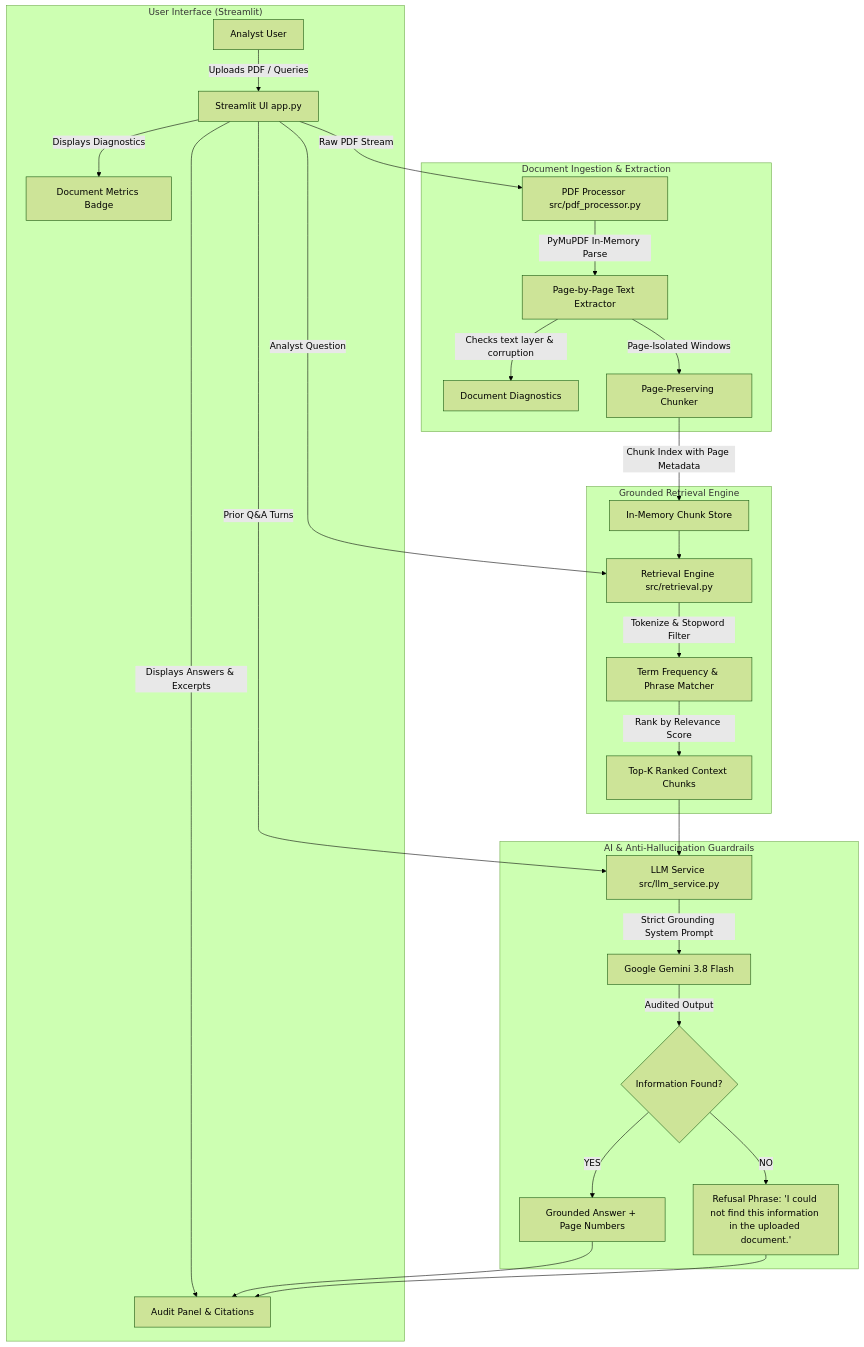
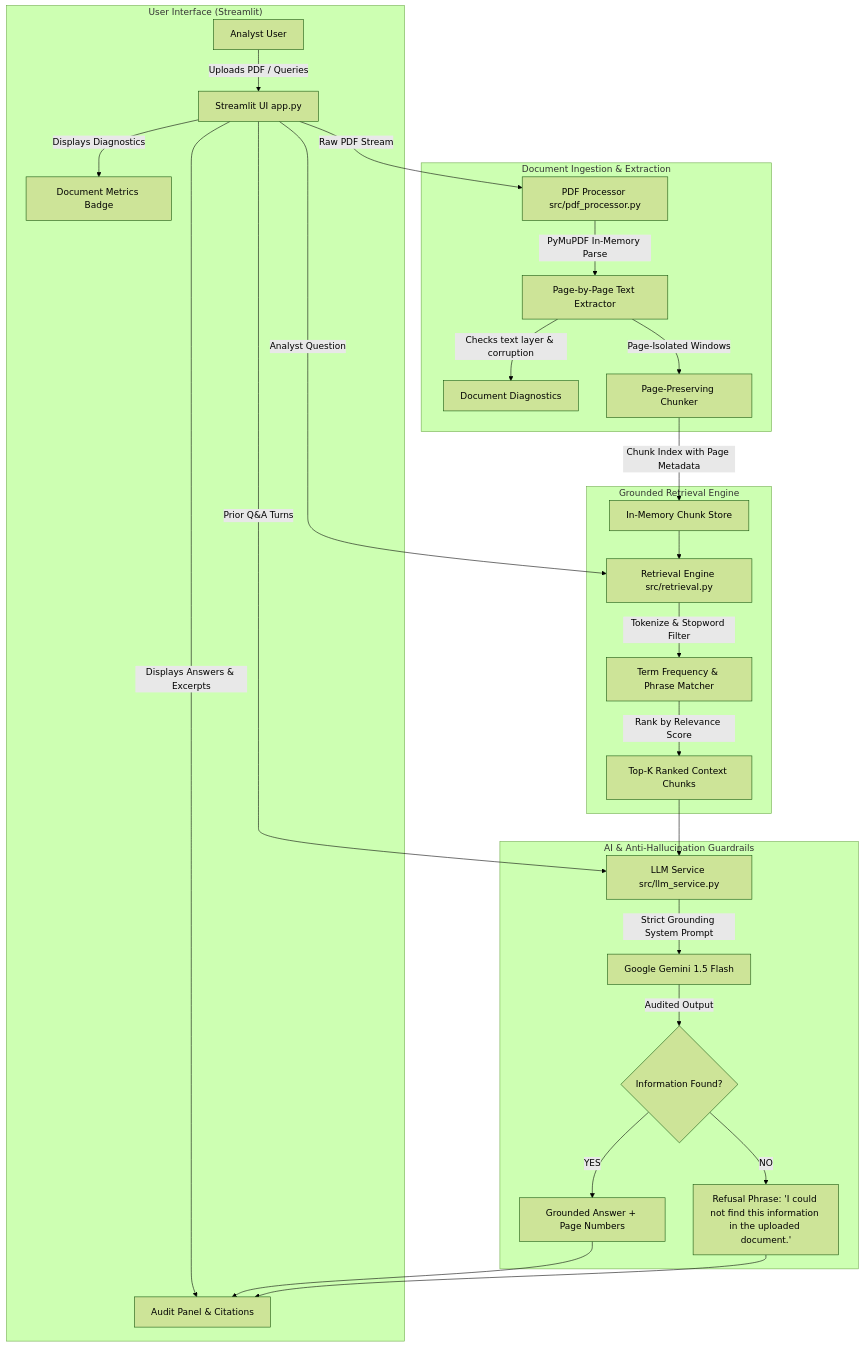
One commit to Aditi000-hash/ASTRA-INTEL changed the first of 2 diagrams in docs/architecture.md. Above: the diagram before and after it, drawn with Mermaid (forest theme). The commit also changed other lines of this file and 5 other files, not shown here.

Commit message:
Use gemini-1.5-flash as default, add UI model selection, and implement exponential backoff retry for 503 errors and immediate 429 quota handling

````diff
--- a/docs/architecture.md
+++ b/docs/architecture.md
@@ -12,34 +12,34 @@
 ```mermaid
 flowchart TD
     subgraph UI_Layer ["User Interface (Streamlit)"]
         A[Analyst User] -->|Uploads PDF / Queries| B[Streamlit UI app.py]
         B -->|Displays Diagnostics| C[Document Metrics Badge]
         B -->|Displays Answers & Excerpts| D[Audit Panel & Citations]
     end
 
     subgraph Processing_Layer ["Document Ingestion & Extraction"]
         B -->|Raw PDF Stream| E[PDF Processor src/pdf_processor.py]
         E -->|PyMuPDF In-Memory Parse| F[Page-by-Page Text Extractor]
         F -->|Checks text layer & corruption| G[Document Diagnostics]
         F -->|Page-Isolated Windows| H[Page-Preserving Chunker]
     end
 
     subgraph Retrieval_Layer ["Grounded Retrieval Engine"]
         H -->|Chunk Index with Page Metadata| I[In-Memory Chunk Store]
         B -->|Analyst Question| J[Retrieval Engine src/retrieval.py]
         I --> J
         J -->|Tokenize & Stopword Filter| K[Term Frequency & Phrase Matcher]
         K -->|Rank by Relevance Score| L[Top-K Ranked Context Chunks]
     end
 
     subgraph Intelligence_Layer ["AI & Anti-Hallucination Guardrails"]
         L --> M[LLM Service src/llm_service.py]
         B -->|Prior Q&A Turns| M
-        M -->|Strict Grounding System Prompt| N[Google Gemini 3.8 Flash]
+        M -->|Strict Grounding System Prompt| N[Google Gemini 1.5 Flash]
         N -->|Audited Output| O{Information Found?}
         O -->|YES| P[Grounded Answer + Page Numbers]
         O -->|NO| Q["Refusal Phrase: 'I could not find this information in the uploaded document.'"]
         P --> D
         Q --> D
     end
 ```
````
